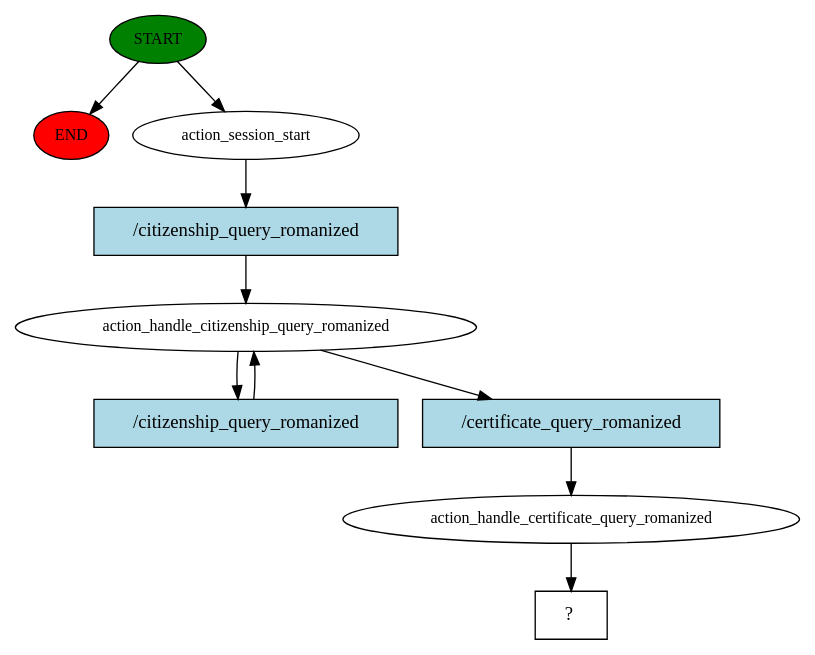
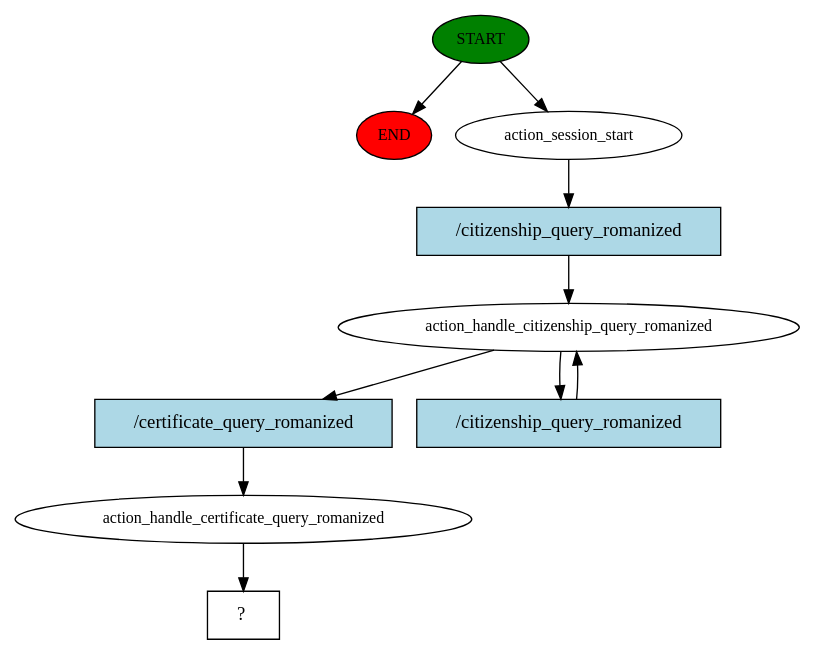
One commit to PiyushLuitel-07/Samadhan-A-Local-Government-Service-QueryBot changed the diagram in story_graph.dot. Above: the diagram before and after it, drawn with Graphviz. The commit also changed 8 other files, not shown here.

```diff
--- a/story_graph.dot
+++ b/story_graph.dot
@@ -1,20 +1,20 @@
 digraph  {
 0 [class="start active", fillcolor=green, fontsize=12, label=START, style=filled];
 "-1" [class=end, fillcolor=red, fontsize=12, label=END, style=filled];
 1 [class=active, fontsize=12, label=action_session_start];
 2 [class=active, fontsize=12, label=action_handle_citizenship_query_romanized];
-5 [class=active, fontsize=12, label=action_handle_certificate_query_romanized];
-6 [class="intent dashed active", label="  ?  ", shape=rect];
-7 [class="intent active", fillcolor=lightblue, label="/citizenship_query_romanized", shape=rect, style=filled];
+4 [class=active, fontsize=12, label=action_handle_certificate_query_romanized];
+5 [class="intent dashed active", label="  ?  ", shape=rect];
+6 [class="intent active", fillcolor=lightblue, label="/citizenship_query_romanized", shape=rect, style=filled];
+7 [class="intent active", fillcolor=lightblue, label="/certificate_query_romanized", shape=rect, style=filled];
 8 [class="intent active", fillcolor=lightblue, label="/citizenship_query_romanized", shape=rect, style=filled];
-9 [class="intent active", fillcolor=lightblue, label="/certificate_query_romanized", shape=rect, style=filled];
 0 -> "-1"  [class="", key=NONE, label=""];
 0 -> 1  [class=active, key=NONE, label=""];
-1 -> 7  [class=active, key=0];
+1 -> 6  [class=active, key=0];
+2 -> 7  [class=active, key=0];
 2 -> 8  [class=active, key=0];
-2 -> 9  [class=active, key=0];
-5 -> 6  [class=active, key=NONE, label=""];
-7 -> 2  [class=active, key=0];
+4 -> 5  [class=active, key=NONE, label=""];
+6 -> 2  [class=active, key=0];
+7 -> 4  [class=active, key=0];
 8 -> 2  [class=active, key=0];
-9 -> 5  [class=active, key=0];
 }
```
